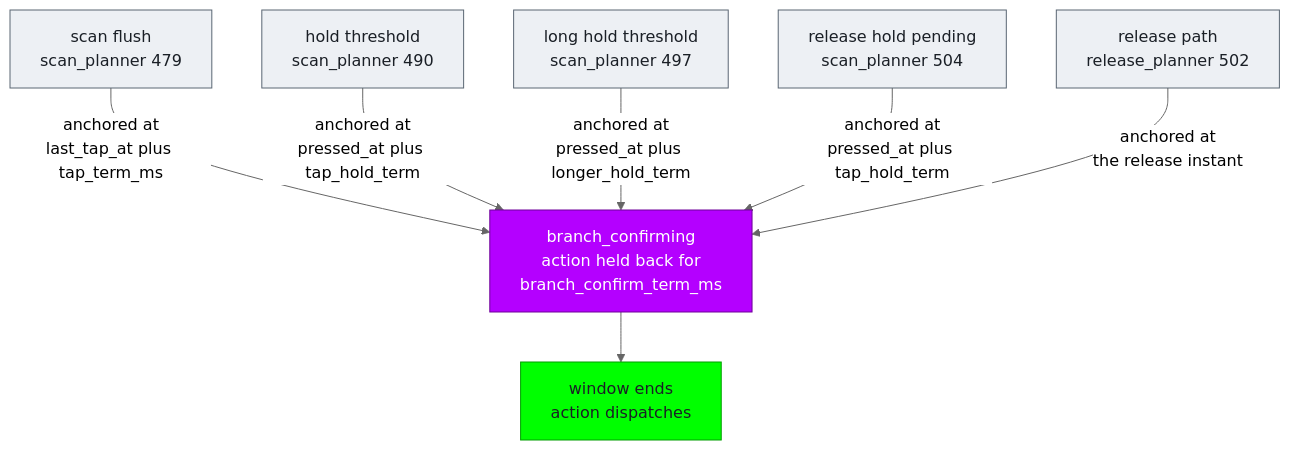
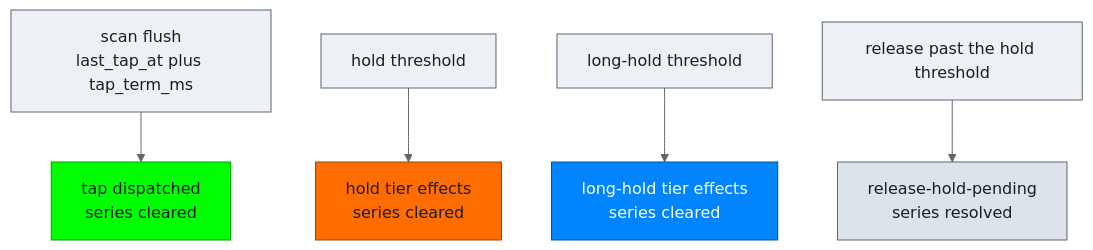
Before and after one commit to NoahCLR/charybdis-4x6: the fourth of 5 diagrams in docs/RGB_IMPLEMENTATION.md, drawn with Mermaid (neutral theme). The commit also changed other lines of this file and 46 other files, not shown here.

````diff
--- a/docs/RGB_IMPLEMENTATION.md
+++ b/docs/RGB_IMPLEMENTATION.md
@@ -114,17 +109,16 @@
 ```mermaid
 flowchart TD
-    S1["scan flush<br>scan_planner 479"] -->|"anchored at<br>last_tap_at plus tap_term_ms"| BC["branch_confirming<br>action held back for<br>branch_confirm_term_ms"]
-    S2["hold threshold<br>scan_planner 490"] -->|"anchored at<br>pressed_at plus tap_hold_term"| BC
-    S3["long hold threshold<br>scan_planner 497"] -->|"anchored at<br>pressed_at plus longer_hold_term"| BC
-    S4["release hold pending<br>scan_planner 504"] -->|"anchored at<br>pressed_at plus tap_hold_term"| BC
-    S5["release path<br>release_planner 502"] -->|"anchored at<br>the release instant"| BC
-    BC --> FIRE["window ends<br>action dispatches"]
+    F["scan flush<br>last_tap_at plus tap_term_ms"] --> FA["tap dispatched<br>series cleared"]
+    H["hold threshold"] --> HA["hold tier effects<br>series cleared"]
+    L["long-hold threshold"] --> LA["long-hold tier effects<br>series cleared"]
+    R["release past the hold threshold"] --> RA["release-hold-pending<br>series resolved"]
 
-    style S1 fill:#EDF0F4,stroke:#5A6673,color:#1A1F26
-    style S2 fill:#EDF0F4,stroke:#5A6673,color:#1A1F26
-    style S3 fill:#EDF0F4,stroke:#5A6673,color:#1A1F26
-    style S4 fill:#EDF0F4,stroke:#5A6673,color:#1A1F26
-    style S5 fill:#EDF0F4,stroke:#5A6673,color:#1A1F26
-    style BC fill:#B400FF,stroke:#6E0099,color:#FFFFFF
-    style FIRE fill:#00FF00,stroke:#009E00,color:#1A1F26
+    style F fill:#EDF0F4,stroke:#5A6673,color:#1A1F26
+    style H fill:#EDF0F4,stroke:#5A6673,color:#1A1F26
+    style L fill:#EDF0F4,stroke:#5A6673,color:#1A1F26
+    style R fill:#EDF0F4,stroke:#5A6673,color:#1A1F26
+    style FA fill:#00FF00,stroke:#009E00,color:#1A1F26
+    style HA fill:#FF6C00,stroke:#A34500,color:#1A1F26
+    style LA fill:#0084FF,stroke:#00539E,color:#FFFFFF
+    style RA fill:#DDE3EA,stroke:#5A6673,color:#1A1F26
 ```
````
